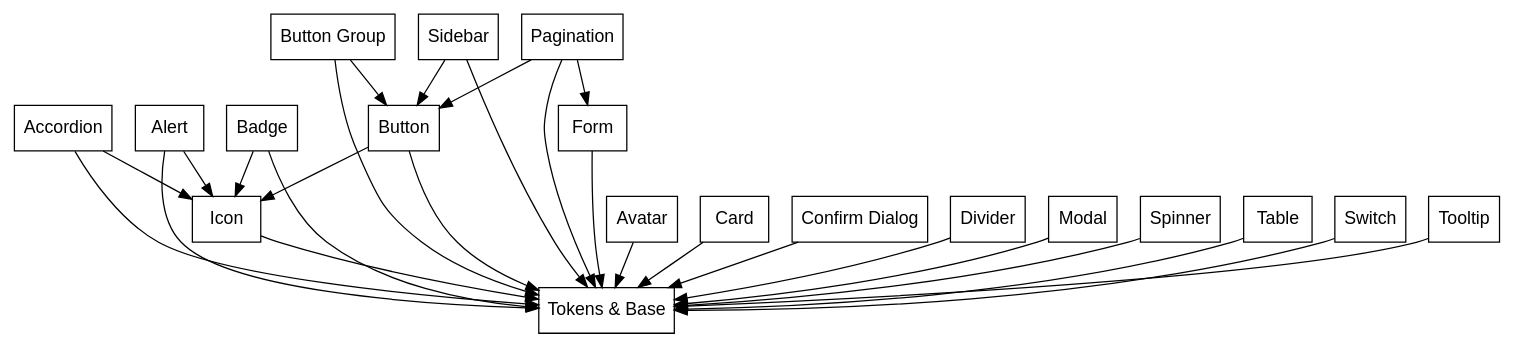
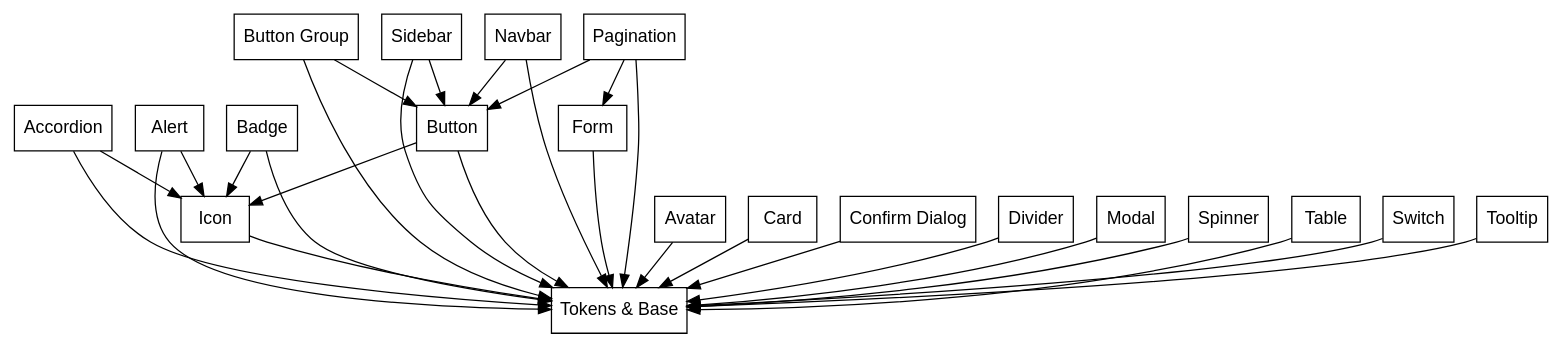
The diagram in tools/generate-graph.dot (RoleModel/optics), drawn with Graphviz before and after one commit. The commit also changed 5 other files, not shown here.

```diff
--- a/tools/generate-graph.dot
+++ b/tools/generate-graph.dot
@@ -1,41 +1,44 @@
 digraph dependencies {
   fontname = "Helvetica,Arial,sans-serif";
   node [fontname = "Helvetica,Arial,sans-serif";];
   edge [fontname = "Helvetica,Arial,sans-serif";];
   node [shape = box;];
   "Tokens & Base";
 
   "Accordion" -> "Tokens & Base";
   "Accordion" -> "Icon";
 
   "Alert" -> "Tokens & Base";
   "Alert" -> "Icon";
 
   "Badge" -> "Tokens & Base";
   "Badge" -> "Icon";
 
   "Button" -> "Tokens & Base";
   "Button" -> "Icon";
 
   "Button Group" -> "Tokens & Base";
   "Button Group" -> "Button";
 
   "Sidebar" -> "Tokens & Base";
   "Sidebar" -> "Button";
 
+  "Navbar" -> "Tokens & Base";
+  "Navbar" -> "Button";
+
   "Pagination" -> "Button";
   "Pagination" -> "Form";
   "Pagination" -> "Tokens & Base";
 
   "Avatar" -> "Tokens & Base";
   "Card" -> "Tokens & Base";
   "Confirm Dialog" -> "Tokens & Base";
   "Divider" -> "Tokens & Base";
   "Form" -> "Tokens & Base";
   "Icon" -> "Tokens & Base";
   "Modal" -> "Tokens & Base";
   "Spinner" -> "Tokens & Base";
   "Table" -> "Tokens & Base";
   "Switch" -> "Tokens & Base";
   "Tooltip" -> "Tokens & Base";
 }
```
